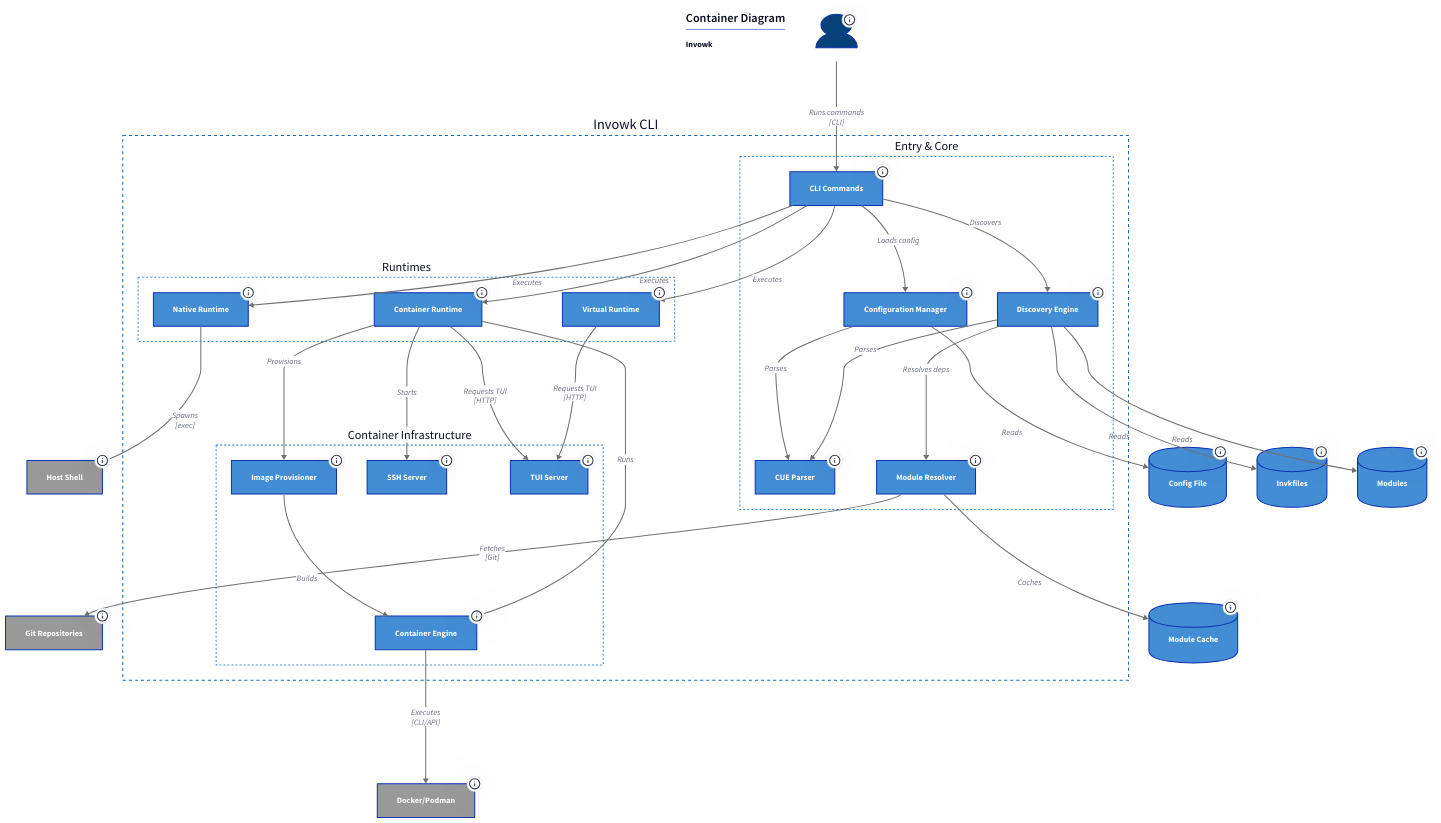
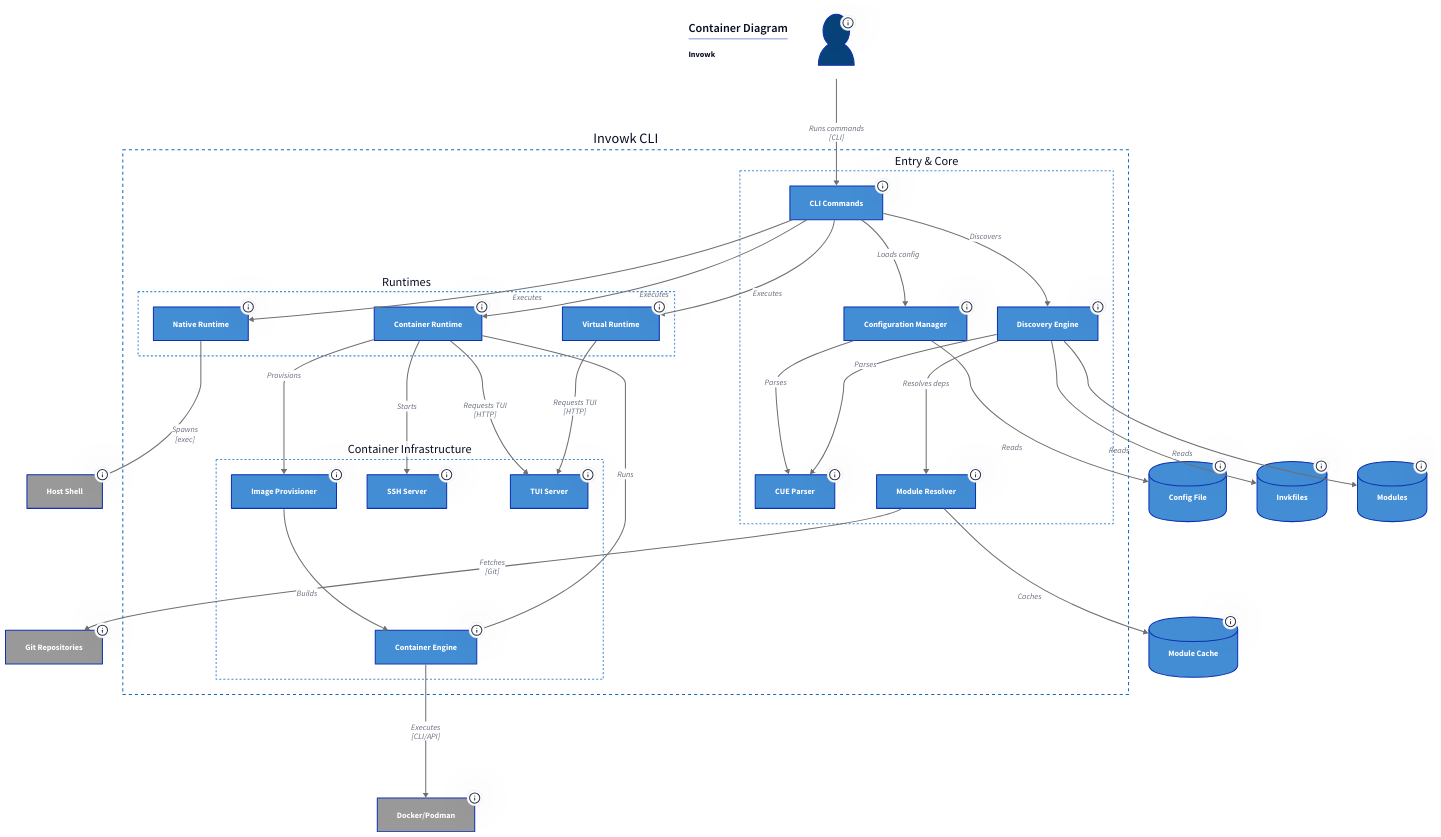
The diagram in docs/diagrams/c4/container.d2 (invowk/invowk), drawn with D2 before and after one commit. The commit also changed 5 other files, not shown here. The source asks for the TALA layout; these drawings use dagre instead.

First line of the commit message:
docs: update C4 diagrams and D2 skill with person shape guidelines

```diff
--- a/docs/diagrams/c4/container.d2
+++ b/docs/diagrams/c4/container.d2
@@ -26,6 +26,8 @@
 
 user: User {
   shape: person
+  width: 70
+  height: 100
   style: {
     fill: "#08427B"
     font-color: "#ffffff"
```
